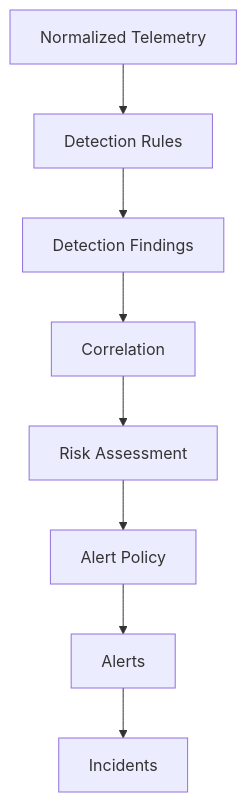
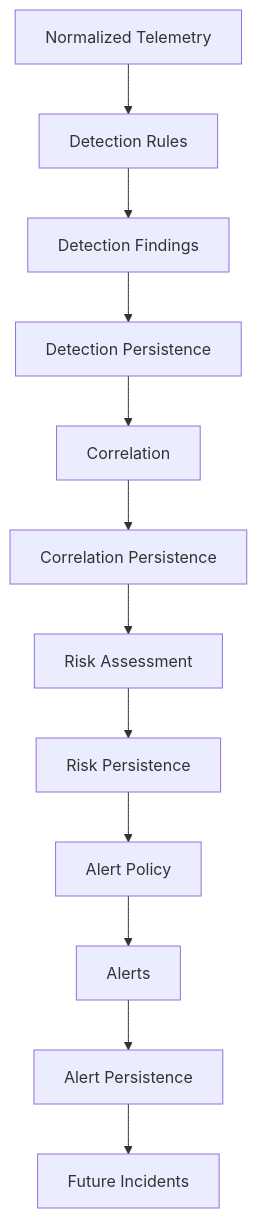
Diagram 21 of 23 in docs/01_System_Architecture.md (Hilliam1/Telemetry-Platform), drawn with Mermaid before and after one commit. The commit also changed other lines of this file and 22 other files, not shown here.

````diff
--- a/docs/01_System_Architecture.md
+++ b/docs/01_System_Architecture.md
@@ -702,10 +743,14 @@
 ```mermaid
 flowchart TD
  A[Normalized Telemetry] --> B[Detection Rules]
  B --> C[Detection Findings]
- C --> D[Correlation]
- D --> E[Risk Assessment]
- E --> F[Alert Policy]
- F --> G[Alerts]
- G --> H[Incidents]
+ C --> D[Detection Persistence]
+ D --> E[Correlation]
+ E --> F[Correlation Persistence]
+ F --> G[Risk Assessment]
+ G --> H[Risk Persistence]
+ H --> I[Alert Policy]
+ I --> J[Alerts]
+ J --> K[Alert Persistence]
+ K --> L[Future Incidents]
 ```
````
